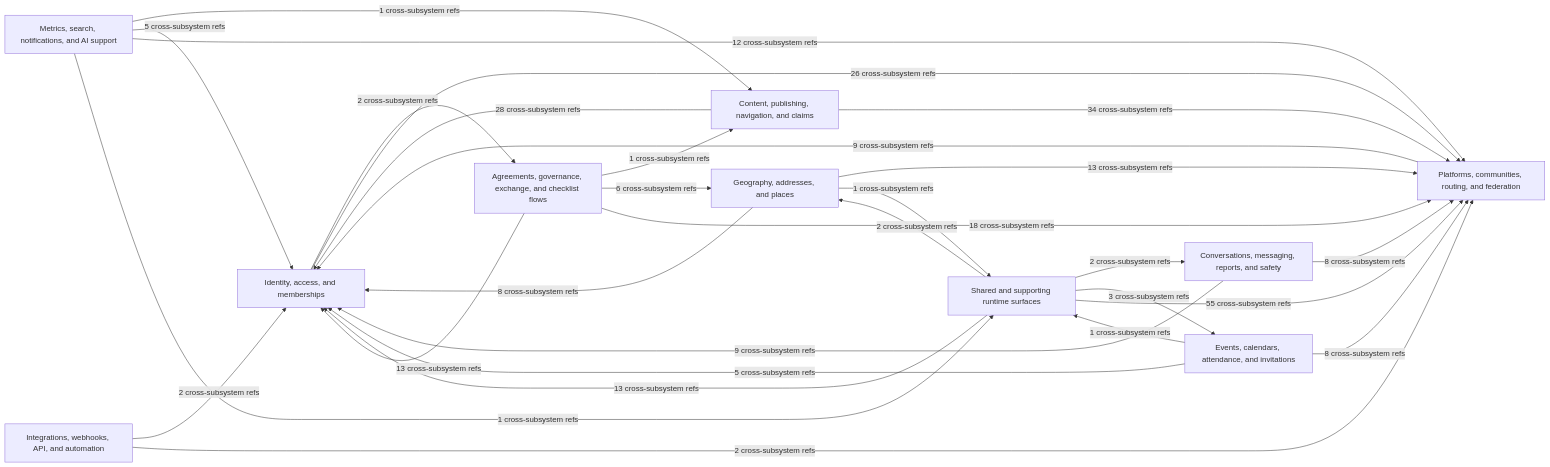
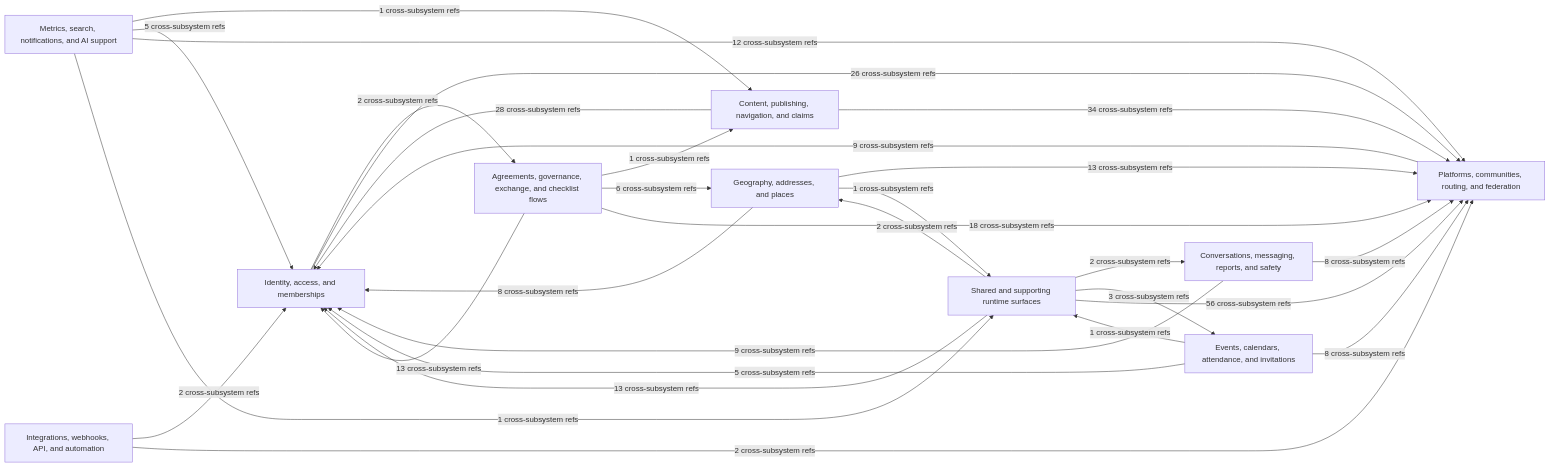
Before and after one commit to better-together-org/community-engine-rails: the diagram in docs/diagrams/source/ce_subsystem_interaction_map.mmd, drawn with Mermaid. The commit also changed 53 other files, not shown here.

```diff
--- a/docs/diagrams/source/ce_subsystem_interaction_map.mmd
+++ b/docs/diagrams/source/ce_subsystem_interaction_map.mmd
@@ -1,41 +1,41 @@
 %% Generated by scripts/export_subsystem_diagrams.rb
 flowchart LR
   identity_access["Identity, access, and memberships"]
   platform_network["Platforms, communities, routing, and federation"]
   content_publishing["Content, publishing, navigation, and claims"]
   geography_and_places["Geography, addresses, and places"]
   events_calendar["Events, calendars, attendance, and invitations"]
   conversations_safety["Conversations, messaging, reports, and safety"]
   exchange_governance["Agreements, governance, exchange, and checklist flows"]
   metrics_search_ai["Metrics, search, notifications, and AI support"]
   integrations_webhooks["Integrations, webhooks, API, and automation"]
   shared_supporting["Shared and supporting runtime surfaces"]
 
   content_publishing -->|28 cross-subsystem refs| identity_access
   content_publishing -->|34 cross-subsystem refs| platform_network
   conversations_safety -->|9 cross-subsystem refs| identity_access
   conversations_safety -->|8 cross-subsystem refs| platform_network
   events_calendar -->|5 cross-subsystem refs| identity_access
   events_calendar -->|8 cross-subsystem refs| platform_network
   events_calendar -->|1 cross-subsystem refs| shared_supporting
   exchange_governance -->|1 cross-subsystem refs| content_publishing
   exchange_governance -->|6 cross-subsystem refs| geography_and_places
   exchange_governance -->|13 cross-subsystem refs| identity_access
   exchange_governance -->|18 cross-subsystem refs| platform_network
   geography_and_places -->|8 cross-subsystem refs| identity_access
   geography_and_places -->|13 cross-subsystem refs| platform_network
   geography_and_places -->|1 cross-subsystem refs| shared_supporting
   identity_access -->|2 cross-subsystem refs| exchange_governance
   identity_access -->|26 cross-subsystem refs| platform_network
   integrations_webhooks -->|2 cross-subsystem refs| identity_access
   integrations_webhooks -->|2 cross-subsystem refs| platform_network
   metrics_search_ai -->|1 cross-subsystem refs| content_publishing
   metrics_search_ai -->|5 cross-subsystem refs| identity_access
   metrics_search_ai -->|12 cross-subsystem refs| platform_network
   metrics_search_ai -->|1 cross-subsystem refs| shared_supporting
   platform_network -->|9 cross-subsystem refs| identity_access
   shared_supporting -->|2 cross-subsystem refs| conversations_safety
   shared_supporting -->|3 cross-subsystem refs| events_calendar
   shared_supporting -->|2 cross-subsystem refs| geography_and_places
   shared_supporting -->|13 cross-subsystem refs| identity_access
-  shared_supporting -->|55 cross-subsystem refs| platform_network
+  shared_supporting -->|56 cross-subsystem refs| platform_network
```
